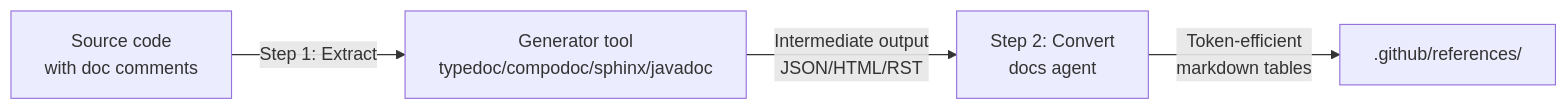
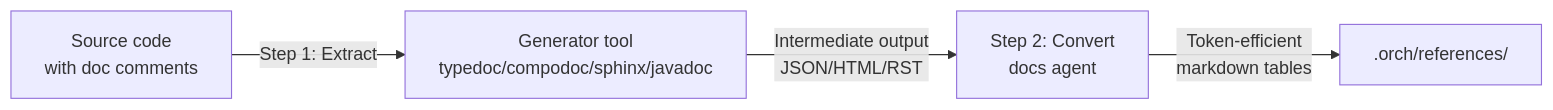
Before and after one commit to oneinthebox/vscode-ghcp-agents: the eighth of 17 diagrams in docs/tech.md, drawn with Mermaid. The commit also changed other lines of this file and 11 other files, not shown here.

````diff
--- a/docs/tech.md
+++ b/docs/tech.md
@@ -636,6 +661,6 @@
 ```mermaid
 flowchart LR
     A[Source code<br/>with doc comments] -->|Step 1: Extract| B[Generator tool<br/>typedoc/compodoc/sphinx/javadoc]
     B -->|Intermediate output<br/>JSON/HTML/RST| C[Step 2: Convert<br/>docs agent]
-    C -->|Token-efficient<br/>markdown tables| D[.github/references/]
+    C -->|Token-efficient<br/>markdown tables| D[.orch/references/]
 ```
````
